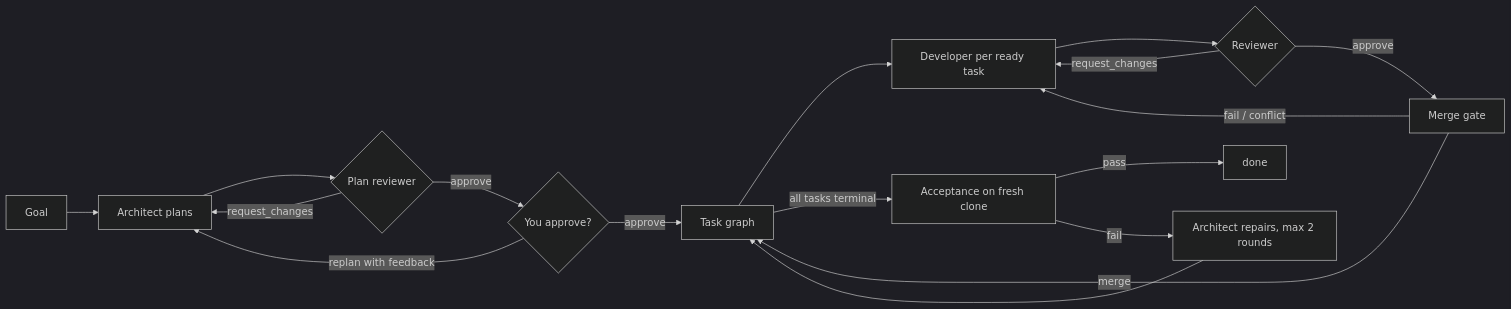
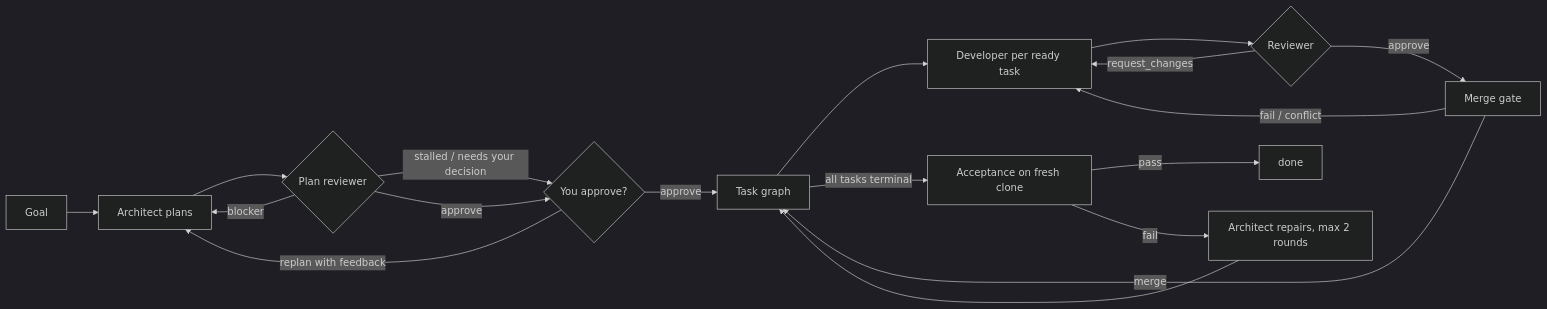
The first of 2 diagrams in README.md (shedrachokonofua/colony), drawn with Mermaid (dark theme) before and after one commit. The commit also changed other lines of this file and 20 other files, not shown here.

````diff
--- a/README.md
+++ b/README.md
@@ -105,19 +105,20 @@
 ```mermaid
 flowchart LR
   G[Goal] --> A[Architect plans]
   A --> PR{Plan reviewer}
-  PR -->|request_changes| A
+  PR -->|blocker| A
+  PR -->|stalled / needs your decision| H
   PR -->|approve| H{You approve?}
   H -->|replan with feedback| A
   H -->|approve| T[Task graph]
   T --> D[Developer per ready task]
   D --> R{Reviewer}
   R -->|request_changes| D
   R -->|approve| MG[Merge gate]
   MG -->|fail / conflict| D
   MG -->|merge| T
   T -->|all tasks terminal| V[Acceptance on fresh clone]
   V -->|pass| DONE[done]
   V -->|fail| A2[Architect repairs, max 2 rounds]
   A2 --> T
 ```
````
